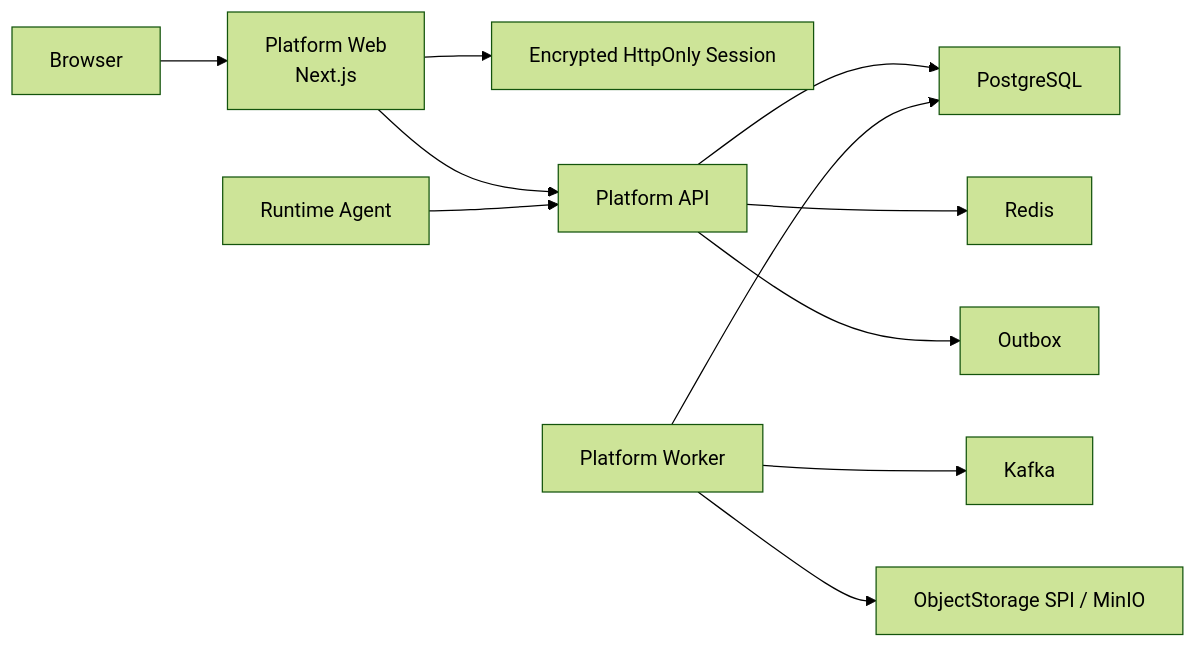
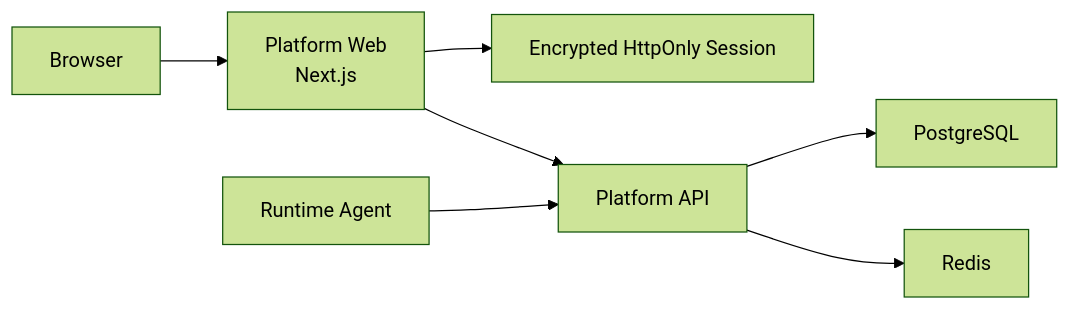
One commit to YongShuaiJi/kairo changed the first of 2 diagrams in docs/architecture/runtime-mock-platform-web-design.md. Above: the diagram before and after it, drawn with Mermaid (forest theme). The commit also changed other lines of this file and 11 other files, not shown here.

````diff
--- a/docs/architecture/runtime-mock-platform-web-design.md
+++ b/docs/architecture/runtime-mock-platform-web-design.md
@@ -59,13 +59,9 @@
 ```mermaid
 flowchart LR
     Browser["Browser"] --> Web["Platform Web\nNext.js"]
     Web --> Session["Encrypted HttpOnly Session"]
     Web --> API["Platform API"]
     API --> PG["PostgreSQL"]
     API --> Redis["Redis"]
-    API --> Outbox["Outbox"]
-    Worker["Platform Worker"] --> PG
-    Worker --> Kafka["Kafka"]
-    Worker --> Storage["ObjectStorage SPI / MinIO"]
     Agent["Runtime Agent"] --> API
 ```
````
